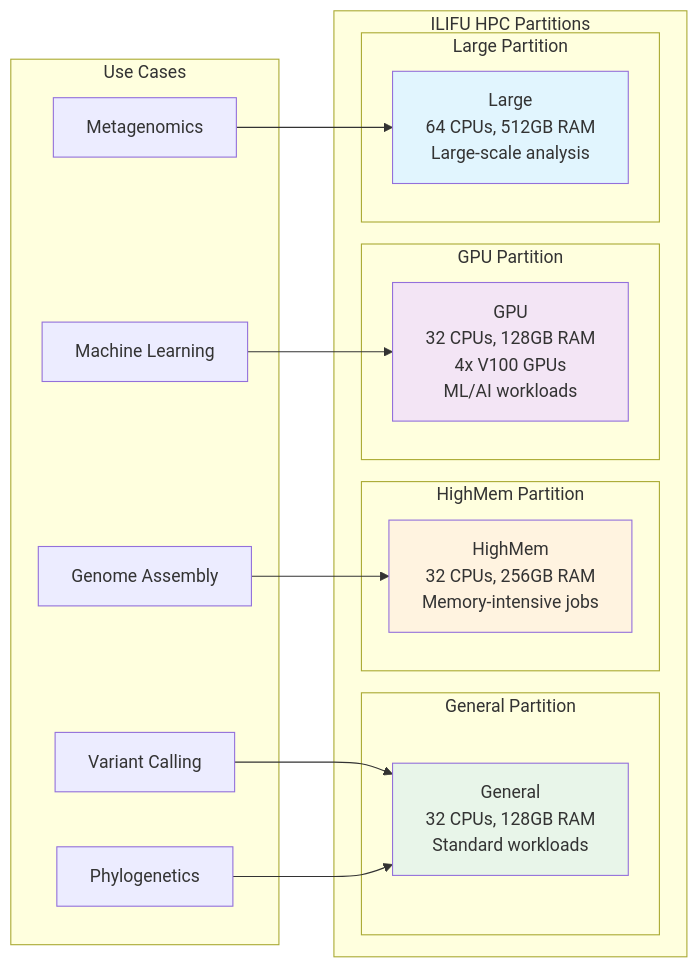
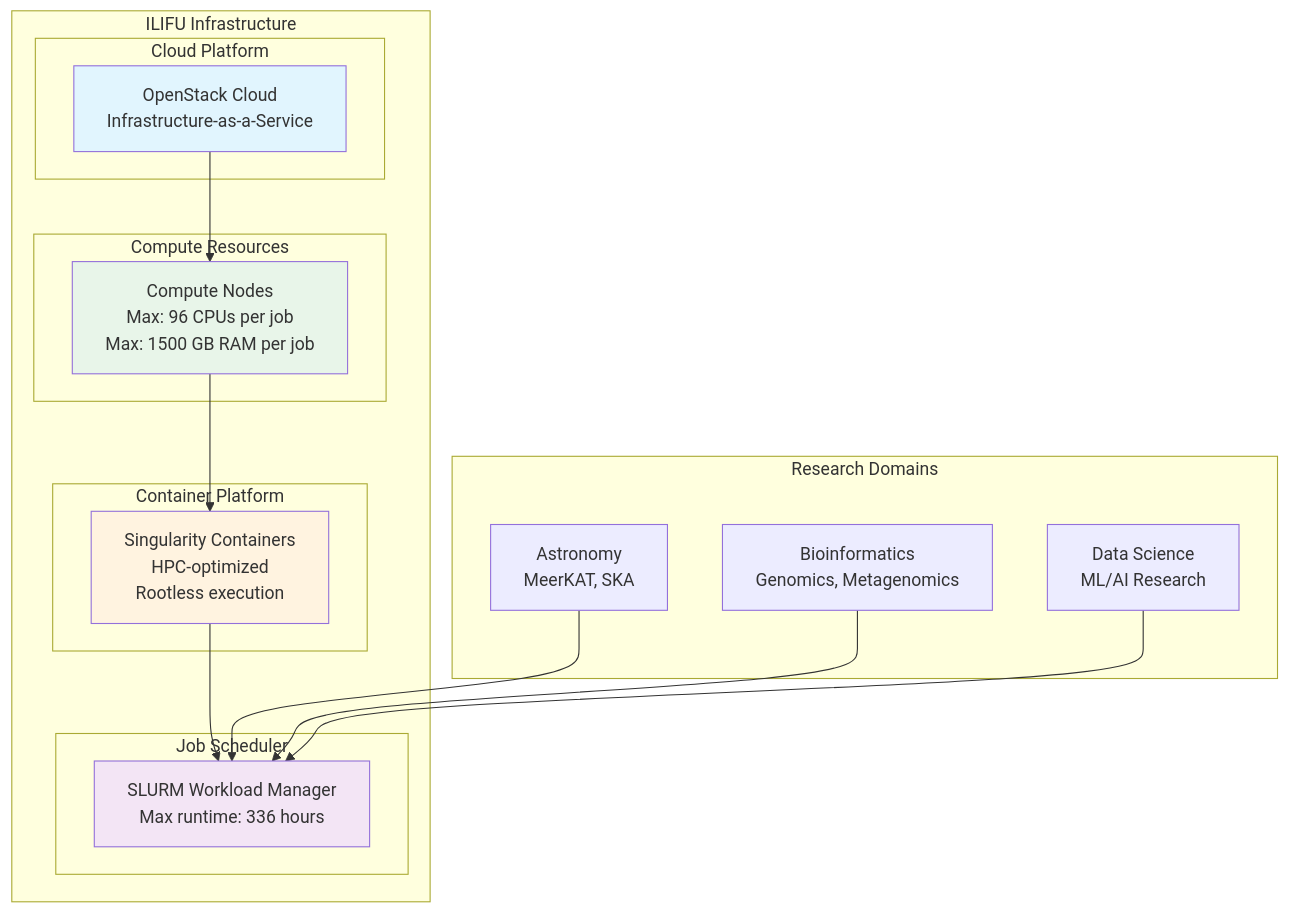
Before and after one commit to mamanambiya/microbial-genomics-training: the first of 2 diagrams in docs_src/day2/hpc-ilifu-training.md, drawn with Mermaid. The commit also changed other lines of this file, not shown here.

First line of the commit message:
Update ILIFU cluster architecture with cloud infrastructure details

````diff
--- a/docs_src/day2/hpc-ilifu-training.md
+++ b/docs_src/day2/hpc-ilifu-training.md
@@ -236,39 +238,39 @@
 ```mermaid
-graph LR
-    subgraph "ILIFU HPC Partitions"
-        subgraph "General Partition"
-            GP[General<br/>32 CPUs, 128GB RAM<br/>Standard workloads]
+graph TB
+    subgraph "ILIFU Infrastructure"
+        subgraph "Cloud Platform"
+            OS[OpenStack Cloud<br/>Infrastructure-as-a-Service]
         end
         
-        subgraph "HighMem Partition"
-            HM[HighMem<br/>32 CPUs, 256GB RAM<br/>Memory-intensive jobs]
+        subgraph "Compute Resources"
+            CN[Compute Nodes<br/>Max: 96 CPUs per job<br/>Max: 1500 GB RAM per job]
         end
         
-        subgraph "GPU Partition"
-            GPU[GPU<br/>32 CPUs, 128GB RAM<br/>4x V100 GPUs<br/>ML/AI workloads]
+        subgraph "Container Platform"
+            SP[Singularity Containers<br/>HPC-optimized<br/>Rootless execution]
         end
         
-        subgraph "Large Partition"
-            LP[Large<br/>64 CPUs, 512GB RAM<br/>Large-scale analysis]
+        subgraph "Job Scheduler"
+            SL[SLURM Workload Manager<br/>Max runtime: 336 hours]
         end
     end
     
-    subgraph "Use Cases"
-        UC1[Genome Assembly]
-        UC2[Variant Calling]
-        UC3[Metagenomics]
-        UC4[Machine Learning]
-        UC5[Phylogenetics]
+    subgraph "Research Domains"
+        AST[Astronomy<br/>MeerKAT, SKA]
+        BIO[Bioinformatics<br/>Genomics, Metagenomics]
+        DS[Data Science<br/>ML/AI Research]
     end
     
-    UC1 --> HM
-    UC2 --> GP
-    UC3 --> LP
-    UC4 --> GPU
-    UC5 --> GP
+    OS --> CN
+    CN --> SP
+    SP --> SL
     
-    style GP fill:#e8f5e9
-    style HM fill:#fff3e0
-    style GPU fill:#f3e5f5
-    style LP fill:#e1f5fe
+    AST --> SL
+    BIO --> SL
+    DS --> SL
+    
+    style OS fill:#e1f5fe
+    style CN fill:#e8f5e9
+    style SP fill:#fff3e0
+    style SL fill:#f3e5f5
 ```
````
